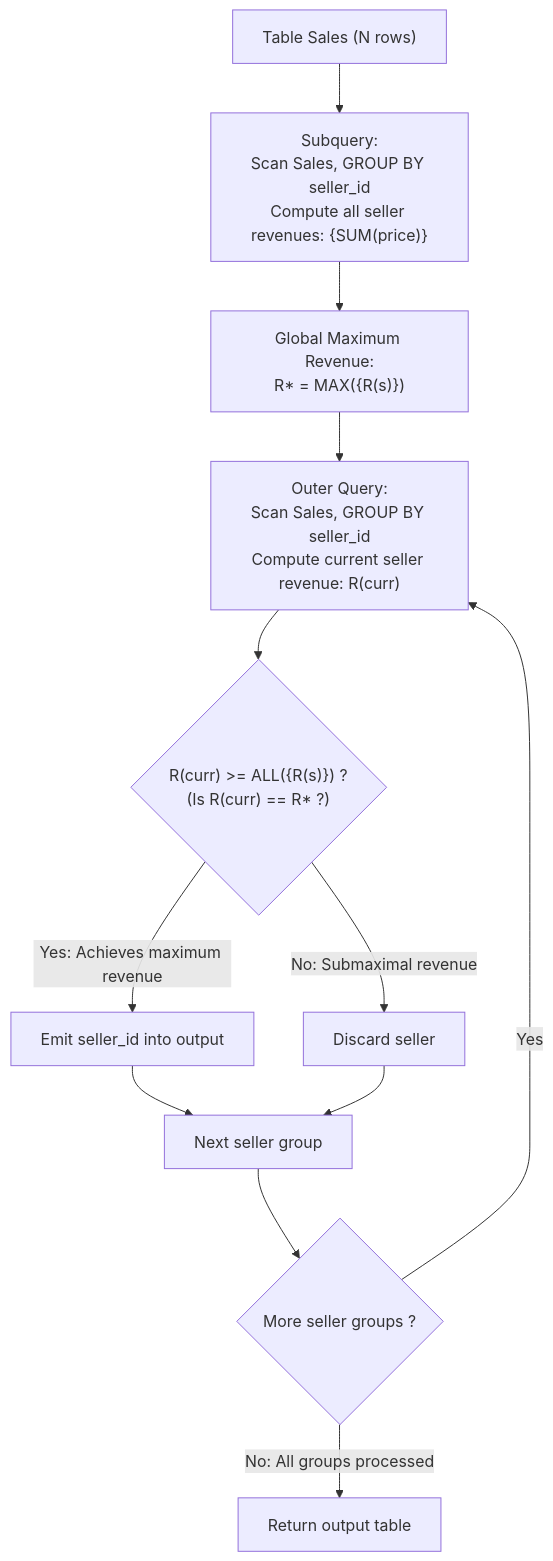
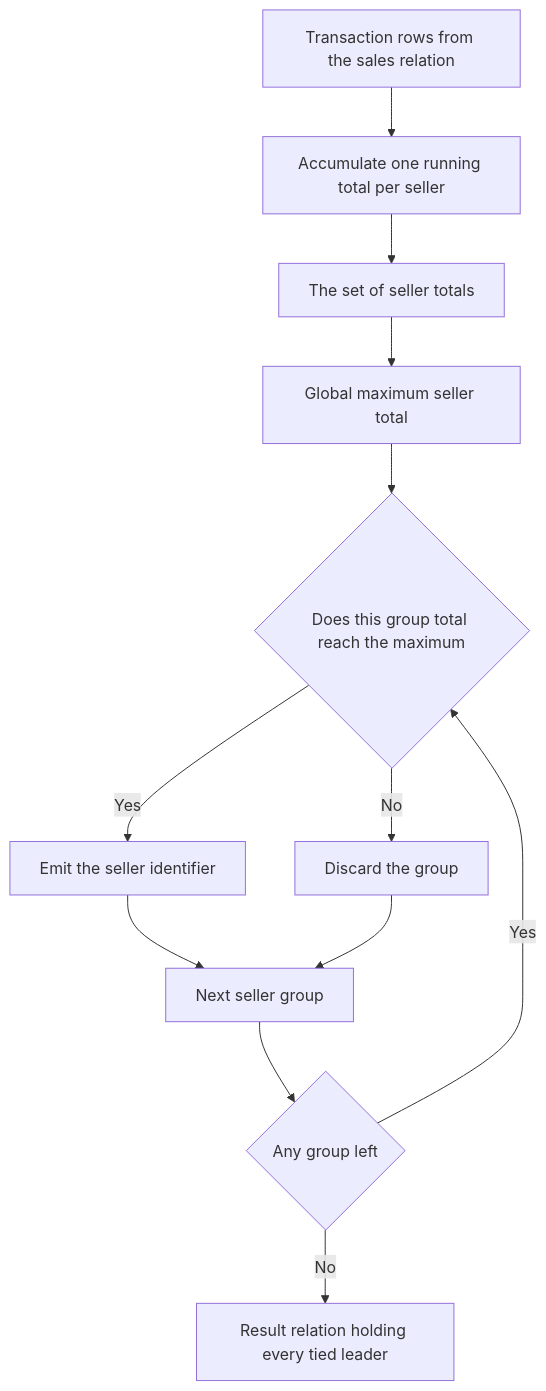
The diagram in dsa/leetcode/1082_sales-analysis-i/guided_example.md (dawei7/code_n), drawn with Mermaid before and after one commit. The commit also changed other lines of this file and 24 other files, not shown here.

````diff
--- a/dsa/leetcode/1082_sales-analysis-i/guided_example.md
+++ b/dsa/leetcode/1082_sales-analysis-i/guided_example.md
@@ -118,16 +121,16 @@
 ```mermaid
 flowchart TD
-    accTitle: Sales Analysis I Pipeline
-    accDescr: Flowchart illustrating single-table revenue aggregation on Sales and universal quantification filtering for maximal revenue
-    Start["Table Sales (N rows)"] --> Subquery["Subquery:\nScan Sales, GROUP BY seller_id\nCompute all seller revenues: {SUM(price)}"]
-    Subquery --> FindMax["Global Maximum Revenue:\nR* = MAX({R(s)})"]
-    FindMax --> ScanOuter["Outer Query:\nScan Sales, GROUP BY seller_id\nCompute current seller revenue: R(curr)"]
-    ScanOuter --> CheckMax{"R(curr) >= ALL({R(s)}) ?\n(Is R(curr) == R* ?)"}
-    CheckMax -->|"Yes: Achieves maximum revenue"| RetainSeller["Emit seller_id into output"]
-    CheckMax -->|"No: Submaximal revenue"| DiscardSeller["Discard seller"]
-    RetainSeller --> NextSeller["Next seller group"]
-    DiscardSeller --> NextSeller
-    NextSeller --> CheckDone{"More seller groups ?"}
-    CheckDone -->|"Yes"| ScanOuter
-    CheckDone -->|"No: All groups processed"| Finish["Return output table"]
+    accTitle: Revenue Maximisation Pipeline
+    accDescr: Transaction rows are grouped by seller into running revenue totals, the global maximum total is identified, and every group whose total reaches that maximum is emitted so ties survive
+    Rows["Transaction rows from the sales relation"] --> Group["Accumulate one running total per seller"]
+    Group --> Totals["The set of seller totals"]
+    Totals --> Max["Global maximum seller total"]
+    Max --> Test{"Does this group total reach the maximum"}
+    Test -->|"Yes"| Emit["Emit the seller identifier"]
+    Test -->|"No"| Skip["Discard the group"]
+    Emit --> Next["Next seller group"]
+    Skip --> Next
+    Next --> Done{"Any group left"}
+    Done -->|"Yes"| Test
+    Done -->|"No"| Out["Result relation holding every tied leader"]
 ```
````
